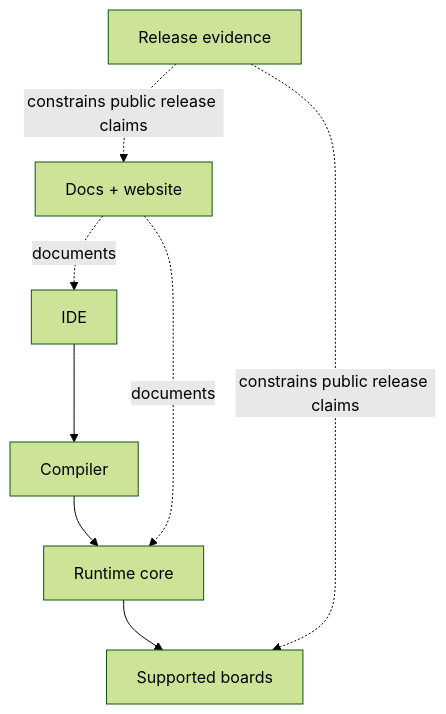
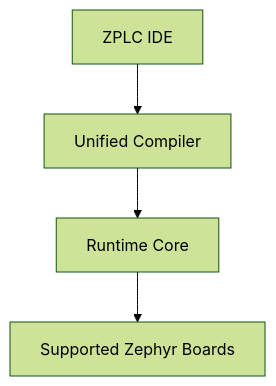
The diagram in docs/docs/platform-overview/index.md (eduardojvieira/ZPLC), drawn with Mermaid (forest theme) before and after one commit. The commit also changed other lines of this file and 55 other files, not shown here.

````diff
--- a/docs/docs/platform-overview/index.md
+++ b/docs/docs/platform-overview/index.md
@@ -20,17 +18,11 @@
 ```mermaid
 flowchart TB
-  Docs[Docs + website]
-  IDE[IDE]
-  Compiler[Compiler]
-  Runtime[Runtime core]
-  Boards[Supported boards]
-  Evidence[Release evidence]
+  IDE[ZPLC IDE]
+  Compiler[Unified Compiler]
+  Runtime[Runtime Core]
+  Boards[Supported Zephyr Boards]
 
   IDE --> Compiler
   Compiler --> Runtime
   Runtime --> Boards
-  Docs -. documents .-> IDE
-  Docs -. documents .-> Runtime
-  Evidence -. constrains public release claims .-> Docs
-  Evidence -. constrains public release claims .-> Boards
 ```
````
